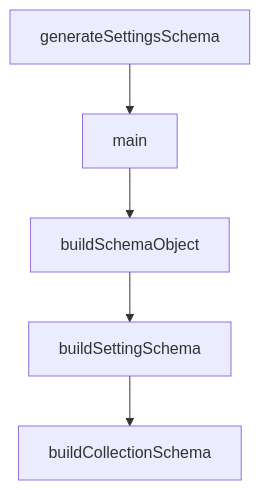
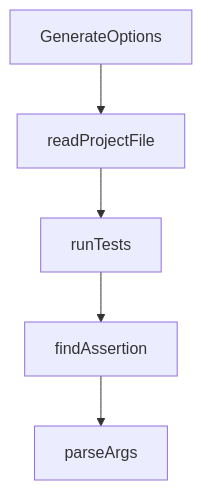
One commit to johnxie/awesome-code-docs changed the diagram in tutorials/gemini-cli-tutorial/05-mcp-extensions-and-skills.md. Above: the diagram before and after it, drawn with Mermaid. The commit also changed other lines of this file and 1232 other files, not shown here.

````diff
--- a/tutorials/gemini-cli-tutorial/05-mcp-extensions-and-skills.md
+++ b/tutorials/gemini-cli-tutorial/05-mcp-extensions-and-skills.md
@@ -226,12 +224,12 @@
 ```mermaid
 flowchart TD
-    A[generateSettingsSchema]
-    B[main]
-    C[buildSchemaObject]
-    D[buildSettingSchema]
-    E[buildCollectionSchema]
+    A[GenerateOptions]
+    B[readProjectFile]
+    C[runTests]
+    D[findAssertion]
+    E[parseArgs]
     A --> B
     B --> C
     C --> D
     D --> E
 ```
````
